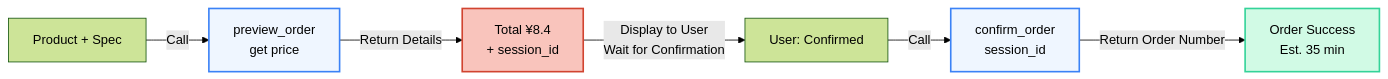
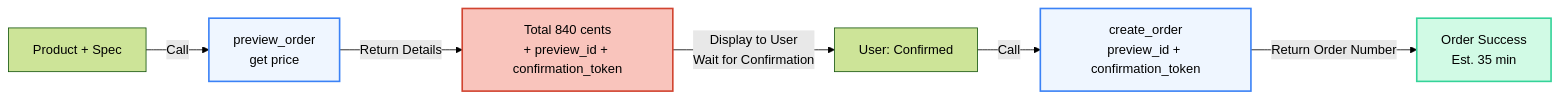
The third of 3 diagrams in en/super-agent/food-delivery.mdx (clawdot/docs), drawn with Mermaid (forest theme) before and after one commit. The commit also changed other lines of this file and 20 other files, not shown here.

````diff
--- a/en/super-agent/food-delivery.mdx
+++ b/en/super-agent/food-delivery.mdx
@@ -200,13 +219,13 @@
 ```mermaid
 graph LR
   A["Product + Spec"] -->|Call| B["preview_order<br/>get price"]
-  B -->|Return Details| C["Total ¥8.4<br/>+ session_id"]
+  B -->|Return Details| C["Total 840 cents<br/>+ preview_id + confirmation_token"]
   C -->|Display to User<br/>Wait for Confirmation| D["User: Confirmed"]
-  D -->|Call| E["confirm_order<br/>session_id"]
+  D -->|Call| E["create_order<br/>preview_id + confirmation_token"]
   E -->|Return Order Number| F["Order Success<br/>Est. 35 min"]
 
   style B fill:#EFF6FF,stroke:#3B82F6,stroke-width:2px
   style C fill:#f9c4bc,stroke:#D14430,stroke-width:2px
   style E fill:#EFF6FF,stroke:#3B82F6,stroke-width:2px
   style F fill:#D1FAE5,stroke:#34D399,stroke-width:2px
 ```
````
